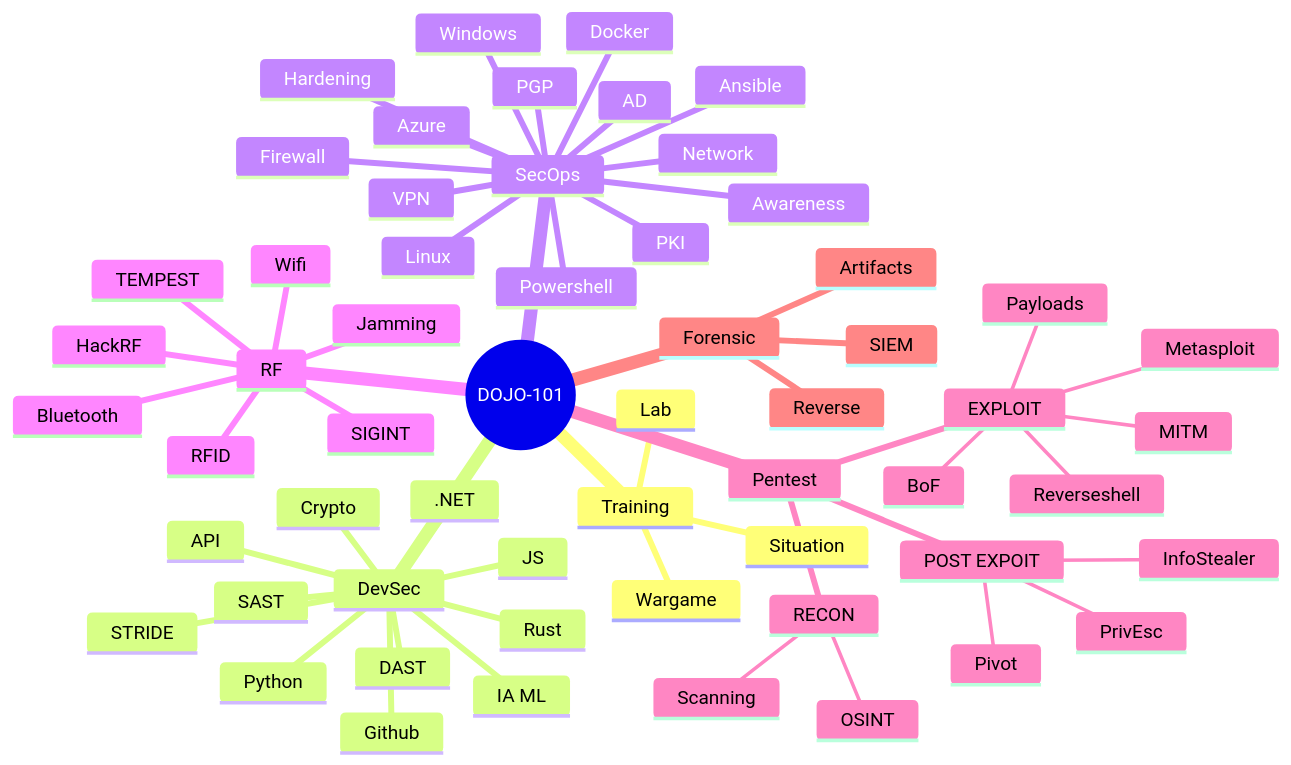
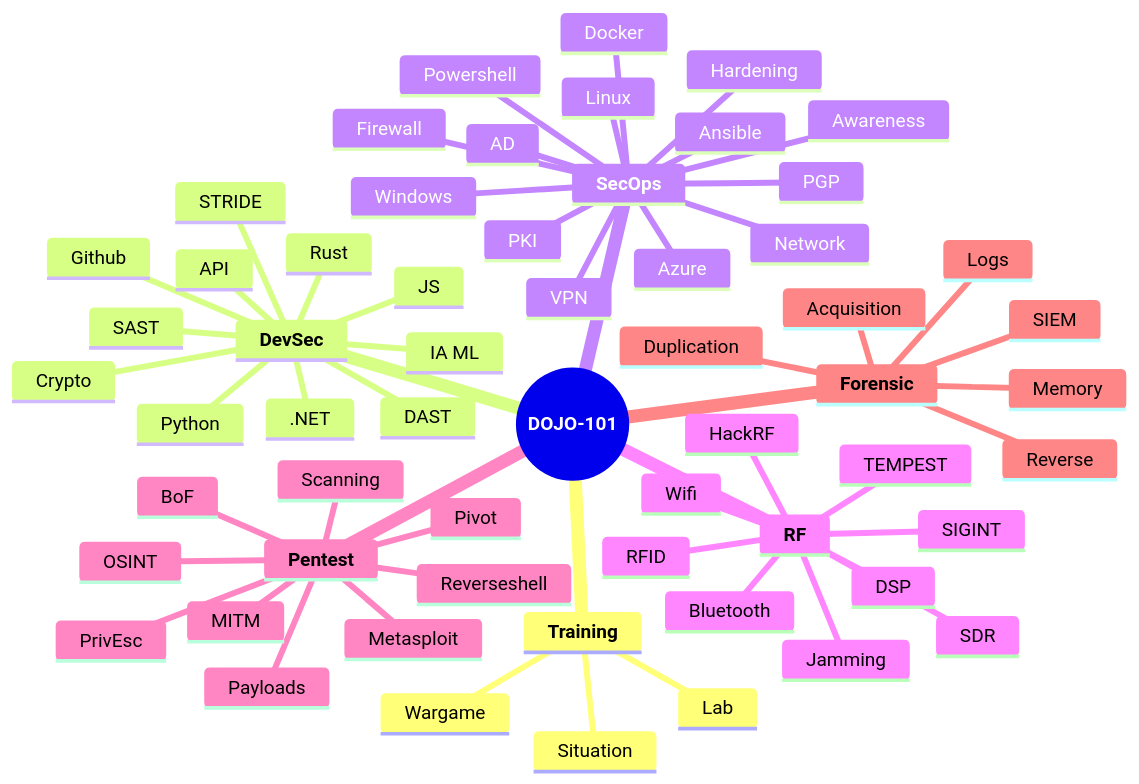
Before and after one commit to griftlab/Dojo-101: the diagram in README.md, drawn with Mermaid. The commit also changed 148 other files, not shown here.

````diff
--- a/README.md
+++ b/README.md
@@ -26,65 +26,67 @@
 ```mermaid
 mindmap
-  root((DOJO-101))
-    Training
+  root((**DOJO-101**))
+    **Training**
         Lab
         Situation
         Wargame
     
-    DevSec
+    **DevSec**
         Crypto
         Github
         IA ML
         SAST
         DAST
         STRIDE
         API
         Python
         .NET
         JS
         Rust
 
-    SecOps
+    **SecOps**
         Awareness
         Hardening
         Windows
         AD
         Linux
         Azure
         Docker
         Ansible
         Powershell
         Firewall
         VPN
         PKI
         PGP
         Network
-    RF
+
+    **RF**
+        SDR
+        DSP
         TEMPEST
         SIGINT
         Wifi
         RFID
         Bluetooth
         Jamming
         HackRF
 
-    Pentest
-        RECON
-            OSINT
-            Scanning
-        EXPLOIT
-            Metasploit
-            BoF
-            MITM
-            Payloads
-            Reverseshell
-        POST EXPOIT
-            Pivot
-            PrivEsc
-            InfoStealer
+    **Pentest**
+        OSINT
+        Scanning
+        Metasploit
+        BoF
+        MITM
+        Payloads
+        Reverseshell
+        Pivot
+        PrivEsc
 
-    Forensic
-        Artifacts
+    **Forensic**
+        Acquisition
+        Duplication
+        Memory
         Reverse
+        Logs
         SIEM
 ```
````
